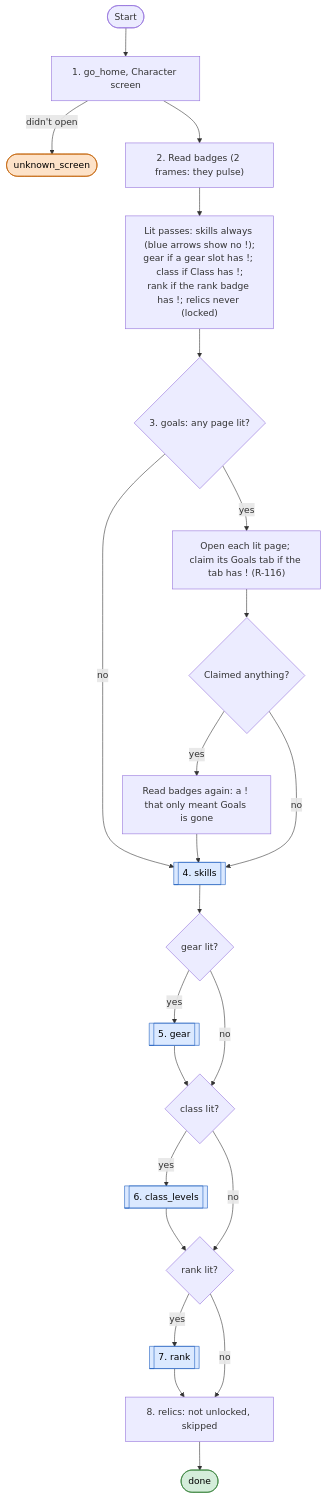
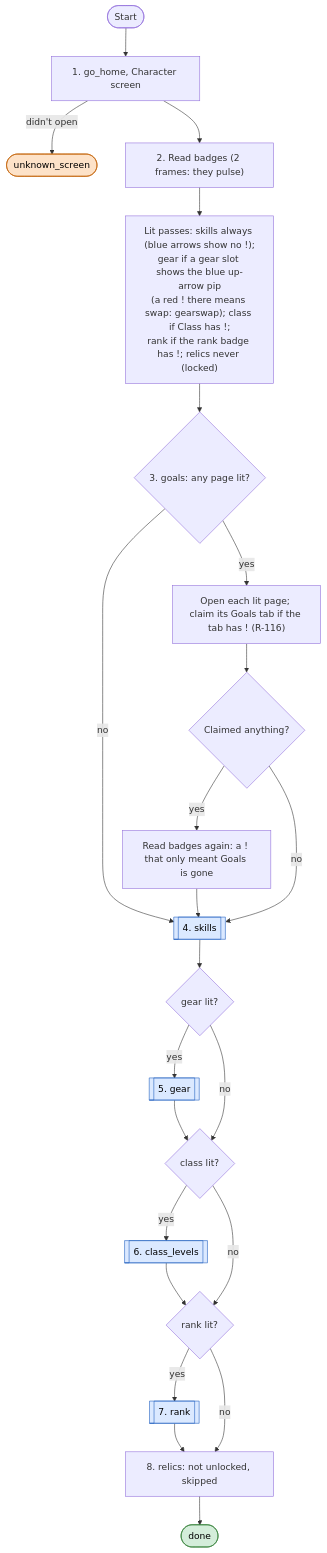
One commit to Sun-flow/sxs-agent changed the first of 3 diagrams in docs/loops/upgrade.md. Above: the diagram before and after it, drawn with Mermaid. The commit also changed other lines of this file and 20 other files, not shown here.

First line of the commit message:
Apply mae's answers: blue-pip gear enhance, gather fights guards, get_stronger, one tower climb a day, tutorial stops on class choices

````diff
--- a/docs/loops/upgrade.md
+++ b/docs/loops/upgrade.md
@@ -15,27 +15,27 @@
 ```mermaid
 flowchart TD
     S(["Start"]) --> CH["1. go_home, Character screen"]
     CH -->|"didn't open"| U(["unknown_screen"])
     CH --> BD["2. Read badges (2 frames: they pulse)"]
-    BD --> LIT["Lit passes: skills always (blue arrows show no !);<br/>gear if a gear slot has !; class if Class has !;<br/>rank if the rank badge has !; relics never (locked)"]
+    BD --> LIT["Lit passes: skills always (blue arrows show no !);<br/>gear if a gear slot shows the blue up-arrow pip<br/>(a red ! there means swap: gearswap); class if Class has !;<br/>rank if the rank badge has !; relics never (locked)"]
     LIT --> G{"3. goals: any page lit?"}
     G -->|yes| GP["Open each lit page; claim its Goals tab if the tab has ! (R-116)"]
     G -->|no| SK
     GP --> RE{"Claimed anything?"}
     RE -->|yes| BD2["Read badges again: a ! that only meant Goals is gone"] --> SK
     RE -->|no| SK
     SK[["4. skills"]] --> GE{"gear lit?"}
     GE -->|yes| GEA[["5. gear"]] --> CL
     GE -->|no| CL{"class lit?"}
     CL -->|yes| CLA[["6. class_levels"]] --> RK
     CL -->|no| RK{"rank lit?"}
     RK -->|yes| RKA[["7. rank"]] --> RL
     RK -->|no| RL["8. relics: not unlocked, skipped"]
     RL --> OK(["done"])
     classDef ok fill:#d4edda,stroke:#2e7d32,color:#000
     classDef look fill:#fde2c8,stroke:#c25e00,color:#000
     classDef sub fill:#dbe9ff,stroke:#1f5fbf,color:#000
     class OK ok
     class U look
     class SK,GEA,CLA,RKA sub
 ```
````
